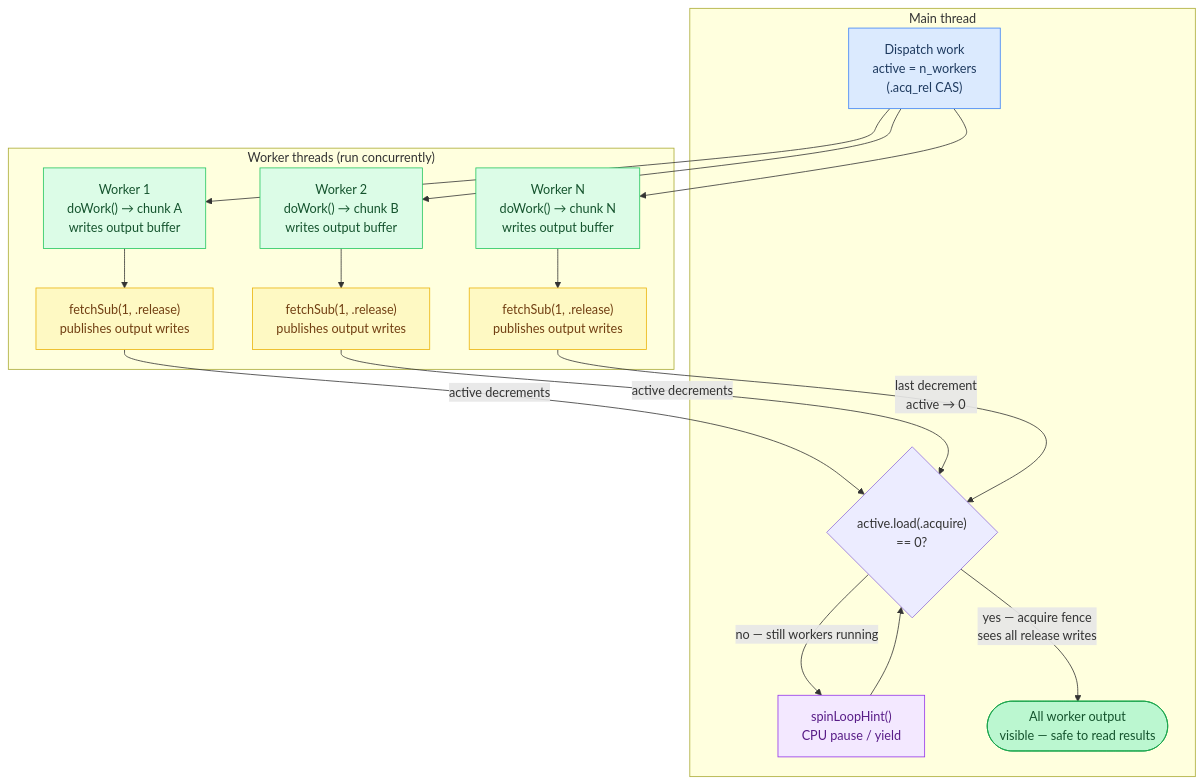
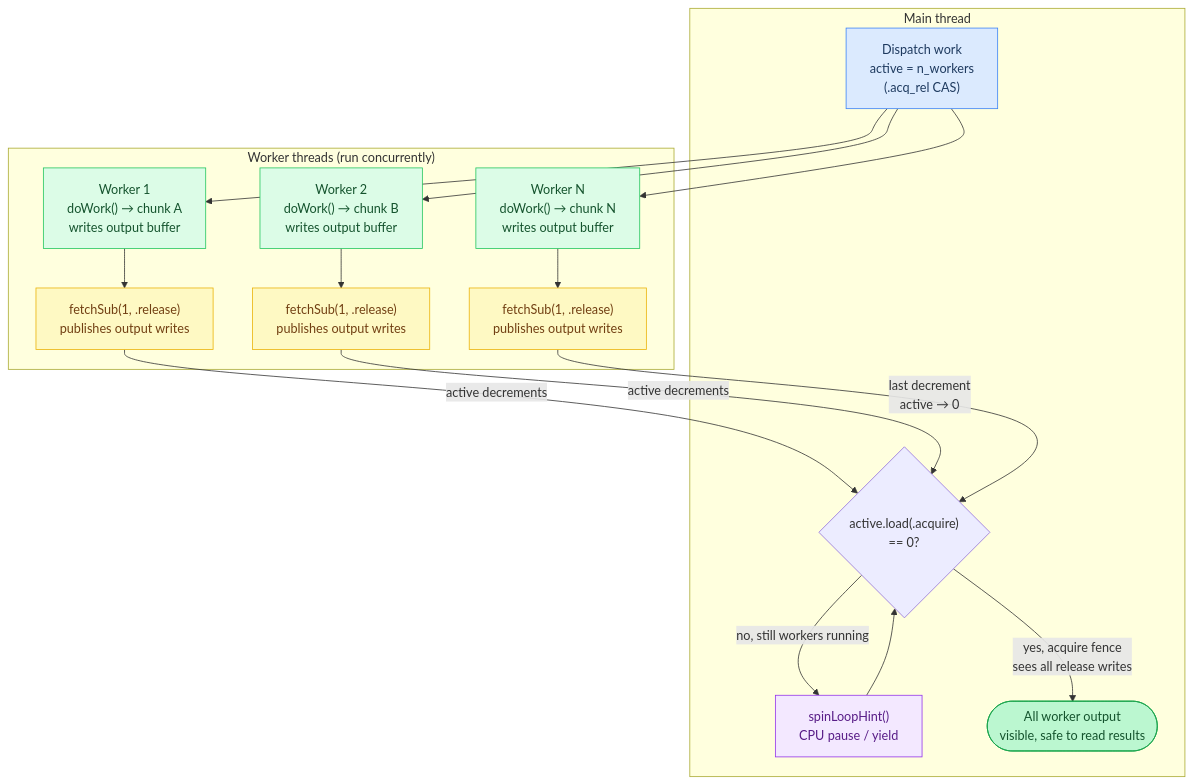
The fifth of 6 diagrams in docs/tutorial/appendix-atomics.md (maci0/agave), drawn with Mermaid before and after one commit. The commit also changed other lines of this file and 196 other files, not shown here.

````diff
--- a/docs/tutorial/appendix-atomics.md
+++ b/docs/tutorial/appendix-atomics.md
@@ -343,38 +343,38 @@
 ```mermaid
 flowchart TD
     classDef setup     fill:#dbeafe,stroke:#3b82f6,color:#1e3a5f
     classDef sync      fill:#dcfce7,stroke:#22c55e,color:#14532d
     classDef migration fill:#fef9c3,stroke:#eab308,color:#713f12
     classDef success   fill:#bbf7d0,stroke:#16a34a,color:#14532d
     classDef danger    fill:#fee2e2,stroke:#ef4444,color:#7f1d1d
     classDef optional  fill:#f3e8ff,stroke:#9333ea,color:#581c87
 
     subgraph Main["Main thread"]
         Dispatch["Dispatch work\nactive = n_workers\n(.acq_rel CAS)"]:::setup
         Spin{"active.load(.acquire)\n== 0?"}
         Hint["spinLoopHint()\nCPU pause / yield"]:::optional
-        Done(["All worker output\nvisible — safe to read results"]):::success
+        Done(["All worker output\nvisible, safe to read results"]):::success
     end
 
     subgraph Workers["Worker threads (run concurrently)"]
         W1["Worker 1\ndoWork() → chunk A\nwrites output buffer"]:::sync
         W2["Worker 2\ndoWork() → chunk B\nwrites output buffer"]:::sync
         WN["Worker N\ndoWork() → chunk N\nwrites output buffer"]:::sync
         Sub1["fetchSub(1, .release)\npublishes output writes"]:::migration
         Sub2["fetchSub(1, .release)\npublishes output writes"]:::migration
         SubN["fetchSub(1, .release)\npublishes output writes"]:::migration
     end
 
     Dispatch --> W1
     Dispatch --> W2
     Dispatch --> WN
     W1 --> Sub1
     W2 --> Sub2
     WN --> SubN
     Sub1 -->|"active decrements"| Spin
     Sub2 -->|"active decrements"| Spin
     SubN -->|"last decrement\nactive → 0"| Spin
-    Spin -->|"no — still workers running"| Hint
+    Spin -->|"no, still workers running"| Hint
     Hint --> Spin
-    Spin -->|"yes — acquire fence\nsees all release writes"| Done
+    Spin -->|"yes, acquire fence\nsees all release writes"| Done
 ```
````
